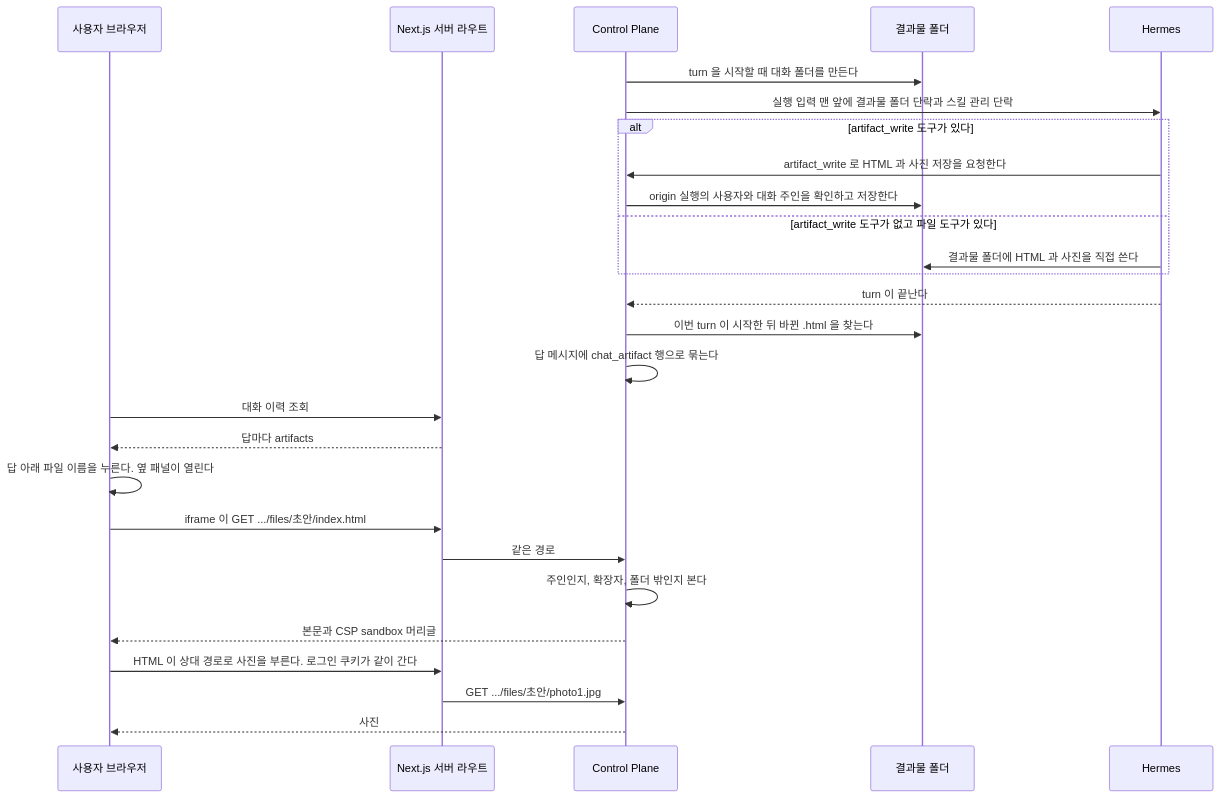
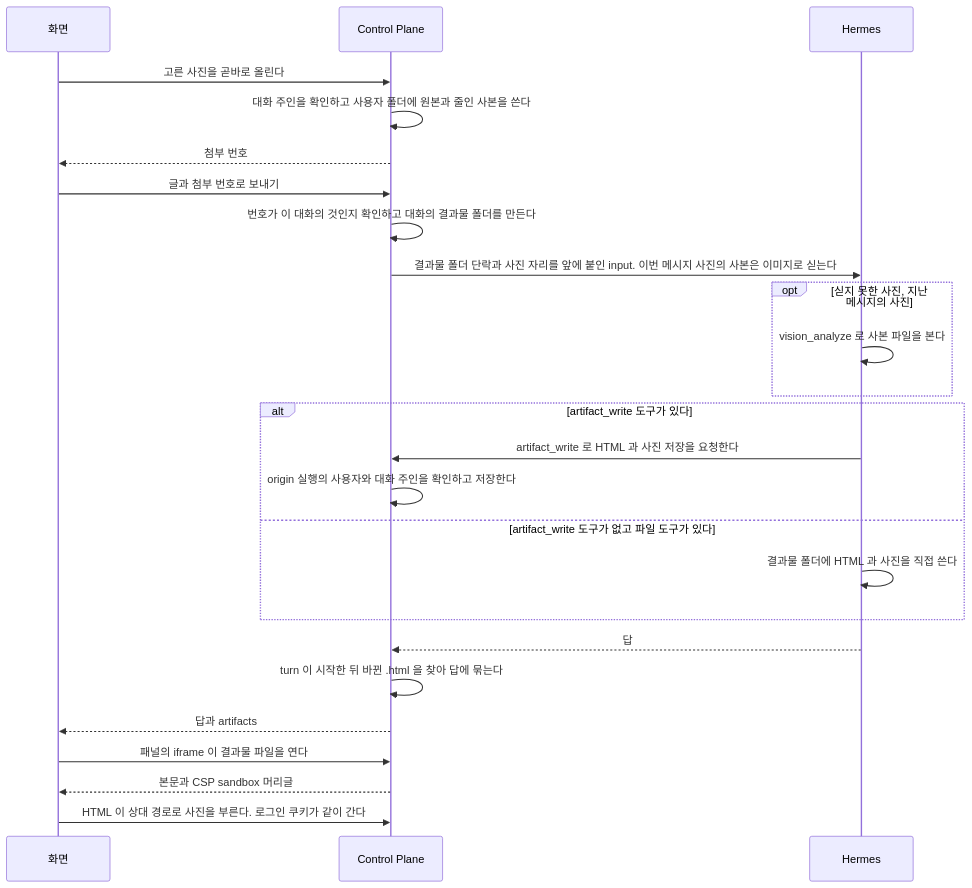
The diagram in docs/features/attachment.md (jon890/fos-assistant), drawn with Mermaid before and after one commit. The commit also changed other lines of this file and 3 other files, not shown here.

````diff
--- a/docs/features/attachment.md
+++ b/docs/features/attachment.md
@@ -440,30 +18,28 @@
 ```mermaid
 sequenceDiagram
-    participant U as 사용자 브라우저
-    participant W as Next.js 서버 라우트
+    participant W as 화면
     participant C as Control Plane
-    participant D as 결과물 폴더
     participant H as Hermes
 
-    C->>D: turn 을 시작할 때 대화 폴더를 만든다
-    C->>H: 실행 입력 맨 앞에 결과물 폴더 단락과 스킬 관리 단락
+    W->>C: 고른 사진을 곧바로 올린다
+    C->>C: 대화 주인을 확인하고 사용자 폴더에 원본과 줄인 사본을 쓴다
+    C-->>W: 첨부 번호
+    W->>C: 글과 첨부 번호로 보내기
+    C->>C: 번호가 이 대화의 것인지 확인하고 대화의 결과물 폴더를 만든다
+    C->>H: 결과물 폴더 단락과 사진 자리를 앞에 붙인 input. 이번 메시지 사진의 사본은 이미지로 싣는다
+    opt 싣지 못한 사진, 지난 메시지의 사진
+        H->>H: vision_analyze 로 사본 파일을 본다
+    end
     alt artifact_write 도구가 있다
         H->>C: artifact_write 로 HTML 과 사진 저장을 요청한다
-        C->>D: origin 실행의 사용자와 대화 주인을 확인하고 저장한다
+        C->>C: origin 실행의 사용자와 대화 주인을 확인하고 저장한다
     else artifact_write 도구가 없고 파일 도구가 있다
-        H->>D: 결과물 폴더에 HTML 과 사진을 직접 쓴다
+        H->>H: 결과물 폴더에 HTML 과 사진을 직접 쓴다
     end
-    H-->>C: turn 이 끝난다
-    C->>D: 이번 turn 이 시작한 뒤 바뀐 .html 을 찾는다
-    C->>C: 답 메시지에 chat_artifact 행으로 묶는다
-    U->>W: 대화 이력 조회
-    W-->>U: 답마다 artifacts
-    U->>U: 답 아래 파일 이름을 누른다. 옆 패널이 열린다
-    U->>W: iframe 이 GET .../files/초안/index.html
-    W->>C: 같은 경로
-    C->>C: 주인인지, 확장자, 폴더 밖인지 본다
-    C-->>U: 본문과 CSP sandbox 머리글
-    U->>W: HTML 이 상대 경로로 사진을 부른다. 로그인 쿠키가 같이 간다
-    W->>C: GET .../files/초안/photo1.jpg
-    C-->>U: 사진
+    H-->>C: 답
+    C->>C: turn 이 시작한 뒤 바뀐 .html 을 찾아 답에 묶는다
+    C-->>W: 답과 artifacts
+    W->>C: 패널의 iframe 이 결과물 파일을 연다
+    C-->>W: 본문과 CSP sandbox 머리글
+    W->>C: HTML 이 상대 경로로 사진을 부른다. 로그인 쿠키가 같이 간다
 ```
````
